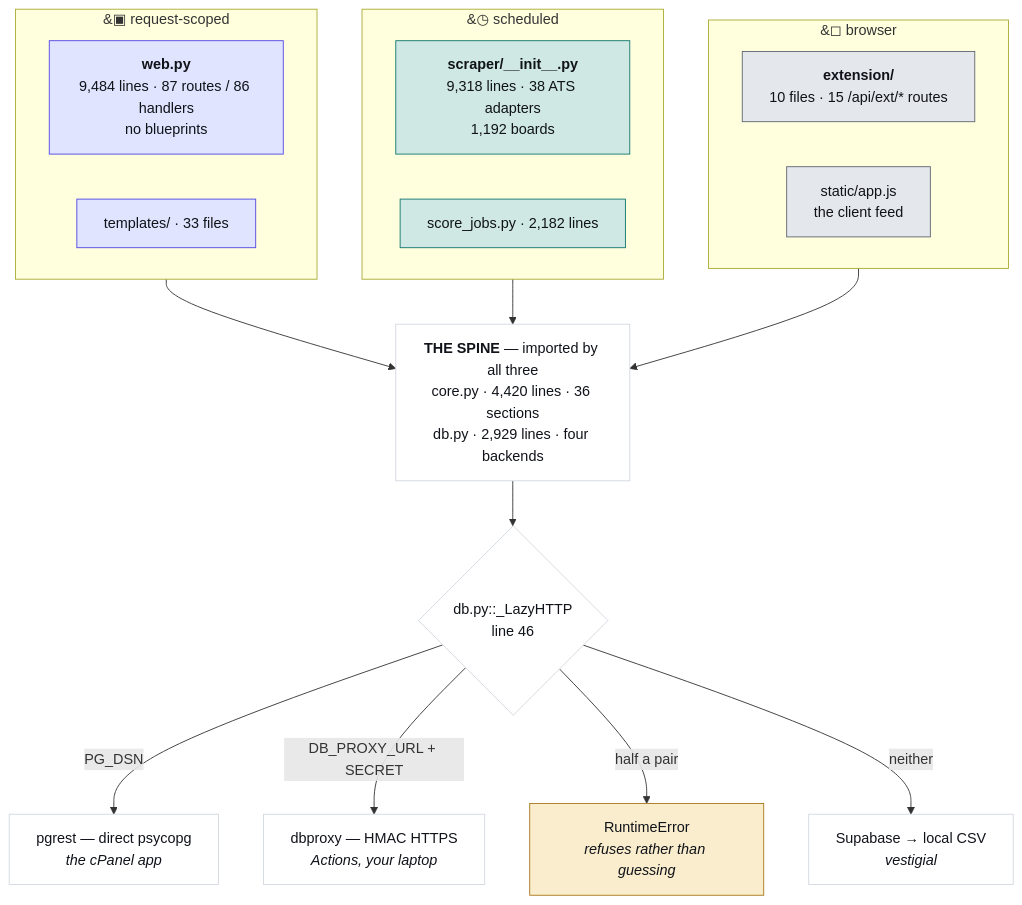
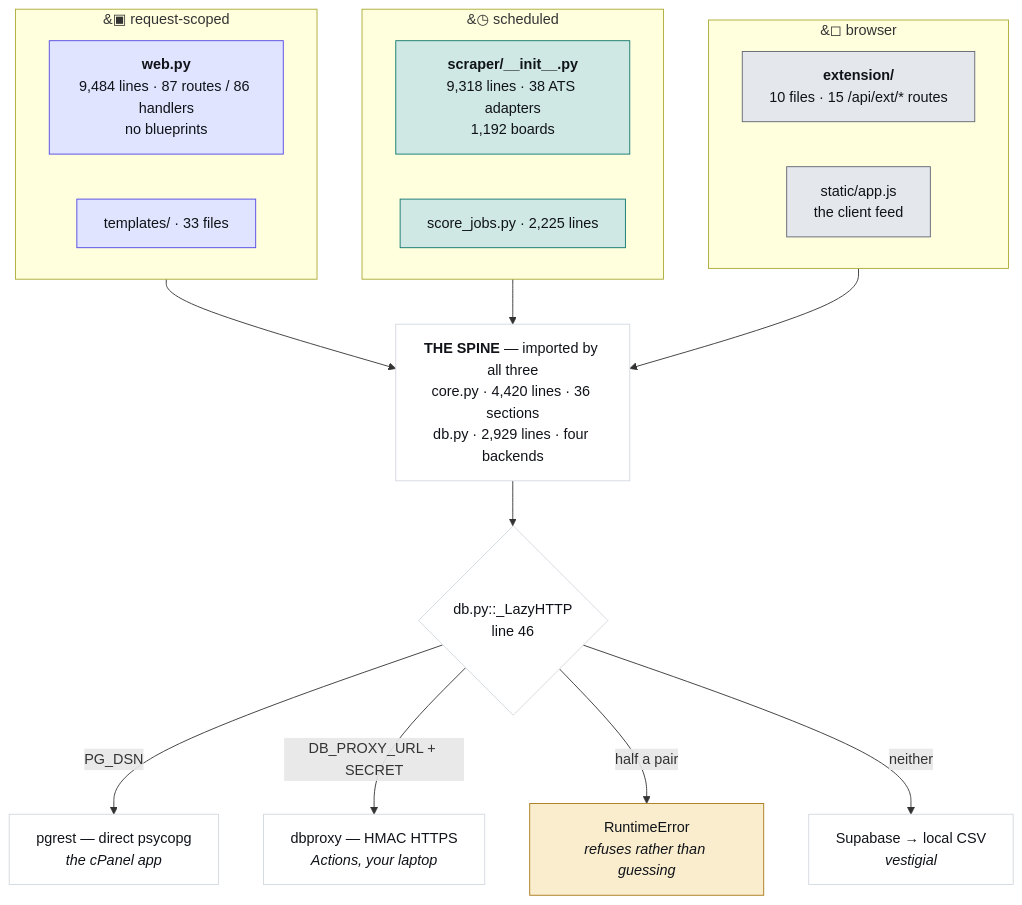
The first of 4 diagrams in JobMatch Scraper/docs/ARCHITECTURE.md (hadakunal909-debug/job-search-tool), drawn with Mermaid before and after one commit. The commit also changed 6 other files, not shown here.

````diff
--- a/JobMatch Scraper/docs/ARCHITECTURE.md
+++ b/JobMatch Scraper/docs/ARCHITECTURE.md
@@ -45,34 +45,34 @@
 ```mermaid
 flowchart TB
   subgraph REQ["&#9635; request-scoped"]
     W["<b>web.py</b><br/>9,484 lines · 87 routes / 86 handlers<br/>no blueprints"]
     T["templates/ · 33 files"]
   end
   subgraph SCH["&#9719; scheduled"]
     S["<b>scraper/__init__.py</b><br/>9,318 lines · 38 ATS adapters<br/>1,192 boards"]
-    J["score_jobs.py · 2,182 lines"]
+    J["score_jobs.py · 2,225 lines"]
   end
   subgraph CLI["&#9723; browser"]
     E["<b>extension/</b><br/>10 files · 15 /api/ext/* routes"]
     A["static/app.js<br/>the client feed"]
   end
   SPINE["<b>THE SPINE</b> — imported by all three<br/>core.py · 4,420 lines · 36 sections<br/>db.py · 2,929 lines · four backends"]
   REQ --> SPINE
   SCH --> SPINE
   CLI --> SPINE
   SPINE --> D{"db.py::_LazyHTTP<br/>line 46"}
   D -->|"PG_DSN"| P["pgrest — direct psycopg<br/><i>the cPanel app</i>"]
   D -->|"DB_PROXY_URL + SECRET"| X["dbproxy — HMAC HTTPS<br/><i>Actions, your laptop</i>"]
   D -->|"half a pair"| R["RuntimeError<br/><i>refuses rather than guessing</i>"]
   D -->|"neither"| V["Supabase → local CSV<br/><i>vestigial</i>"]
   classDef web fill:#e0e4fe,stroke:#4f46e5,color:#101319
   classDef sched fill:#cfe8e3,stroke:#0f766e,color:#101319
   classDef client fill:#e4e7ec,stroke:#5f6573,color:#101319
   classDef trap fill:#f9edcd,stroke:#a8781a,color:#101319
   classDef plain fill:#ffffff,stroke:#d3d7df,color:#101319
   class W,T web
   class S,J sched
   class E,A client
   class R trap
   class SPINE,D,P,X,V plain
 ```
````
